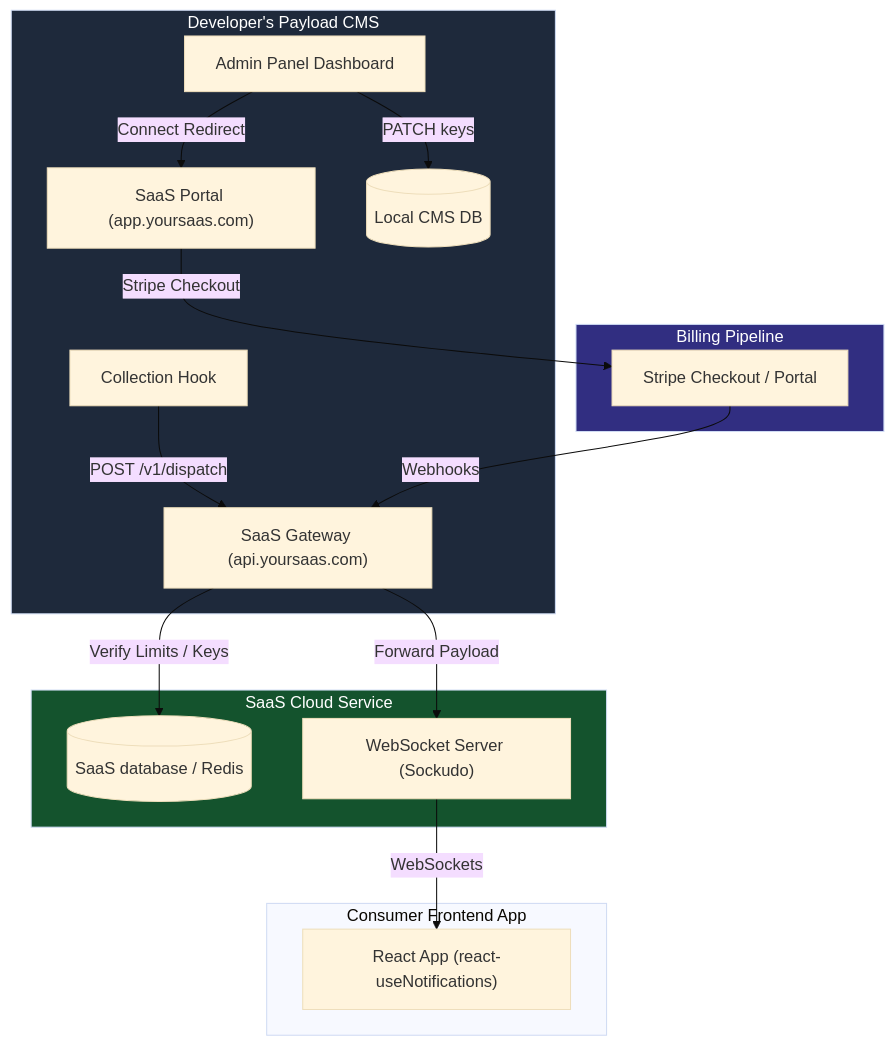
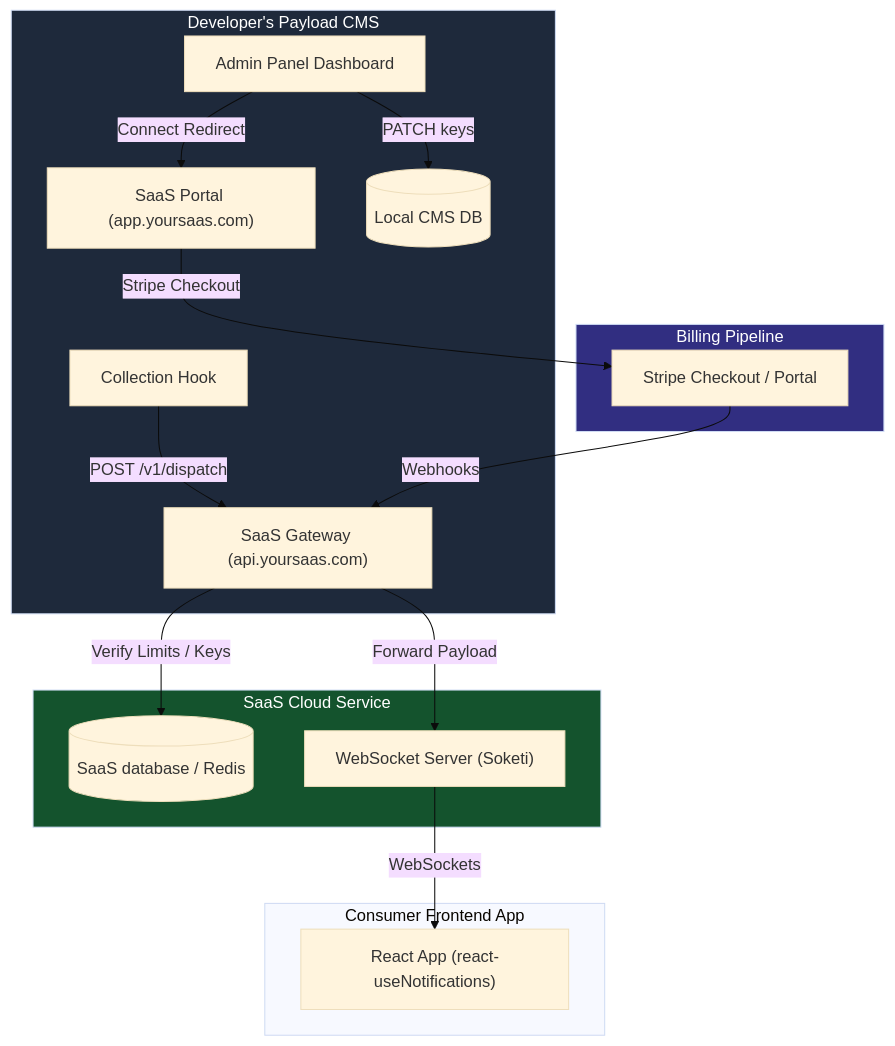
Before and after one commit to levantx-net/payload-plugin-realtime-notifications: the diagram in docs/saas_setup.md, drawn with Mermaid (base theme). The commit also changed other lines of this file and 10 other files, not shown here.

````diff
--- a/docs/saas_setup.md
+++ b/docs/saas_setup.md
@@ -14,26 +14,26 @@
 ```mermaid
 graph TD
     subgraph CMS ["Developer's Payload CMS"]
         UI["Admin Panel Dashboard"] -->|"Connect Redirect"| Portal["SaaS Portal (app.yoursaas.com)"]
         UI -->|"PATCH keys"| DB[(Local CMS DB)]
         Hook["Collection Hook"] -->|"POST /v1/dispatch"| Gateway["SaaS Gateway (api.yoursaas.com)"]
     end
 
     subgraph Billing ["Billing Pipeline"]
         Portal -->|"Stripe Checkout"| Stripe["Stripe Checkout / Portal"]
         Stripe -->|"Webhooks"| Gateway
     end
 
     subgraph SaaS ["SaaS Cloud Service"]
         Gateway -->|"Verify Limits / Keys"| SaaSDB[(SaaS database / Redis)]
-        Gateway -->|"Forward Payload"| WS["WebSocket Server (Sockudo)"]
+        Gateway -->|"Forward Payload"| WS["WebSocket Server (Soketi)"]
     end
 
     subgraph App ["Consumer Frontend App"]
         WS -->|"WebSockets"| FE["React App (react-useNotifications)"]
     end
 
     style CMS fill:#1e293b,color:#fff
     style Billing fill:#312e81,color:#fff
     style SaaS fill:#14532d,color:#fff
 ```
````
